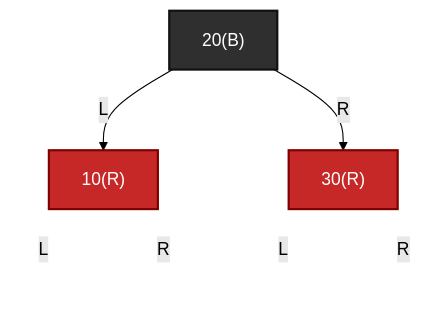
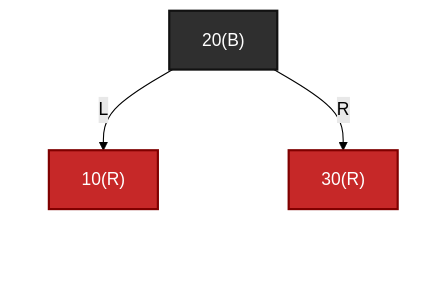
Before and after one commit to FormingSystem/linux_note: the seventh of 24 diagrams in knowledge/linux/data_structures/红黑树_rb-tree/P35_红黑插入与红红冲突上推.md, drawn with Mermaid (forest theme). The commit also changed other lines of this file and 5 other files, not shown here.

````diff
--- a/knowledge/linux/data_structures/红黑树_rb-tree/P35_红黑插入与红红冲突上推.md
+++ b/knowledge/linux/data_structures/红黑树_rb-tree/P35_红黑插入与红红冲突上推.md
@@ -374,32 +374,32 @@
 ```mermaid
 graph TD
 	rb_root_fixed["20(B)"]
 	rb_left_fixed["10(R)"]
 	rb_right_fixed["30(R)"]
 	rb_left_left_nil_fixed[" "]
 	rb_left_right_nil_fixed[" "]
 	rb_right_left_nil_fixed[" "]
 	rb_right_right_nil_fixed[" "]
 
 	rb_root_fixed -->|"L"| rb_left_fixed
 	rb_root_fixed -->|"R"| rb_right_fixed
 
-	rb_left_fixed -->|"L"| rb_left_left_nil_fixed
-	rb_left_fixed -->|"R"| rb_left_right_nil_fixed
+	rb_left_fixed --> rb_left_left_nil_fixed
+	rb_left_fixed --> rb_left_right_nil_fixed
 
-	rb_right_fixed -->|"L"| rb_right_left_nil_fixed
-	rb_right_fixed -->|"R"| rb_right_right_nil_fixed
+	rb_right_fixed --> rb_right_left_nil_fixed
+	rb_right_fixed --> rb_right_right_nil_fixed
 
 	classDef rb_black fill:#2f2f2f,stroke:#111,color:#fff,stroke-width:2px;
 	classDef rb_red fill:#c62828,stroke:#7f0000,color:#fff,stroke-width:2px;
 	classDef rb_nil fill:transparent,stroke:transparent,color:transparent;
 
 	class rb_root_fixed rb_black;
 	class rb_left_fixed,rb_right_fixed rb_red;
 	class rb_left_left_nil_fixed,rb_left_right_nil_fixed,rb_right_left_nil_fixed,rb_right_right_nil_fixed rb_nil;
 
 	linkStyle 2 stroke:transparent;
 	linkStyle 3 stroke:transparent;
 	linkStyle 4 stroke:transparent;
 	linkStyle 5 stroke:transparent;
 ```
````
